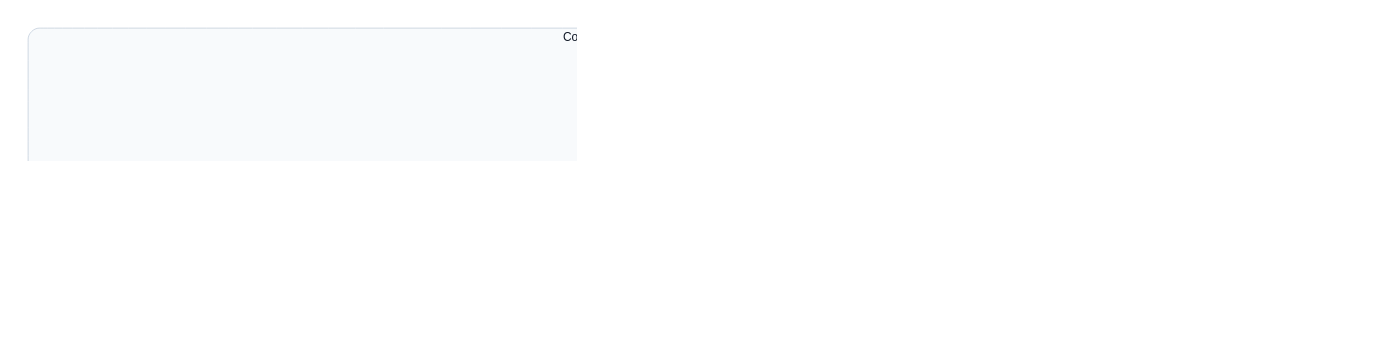
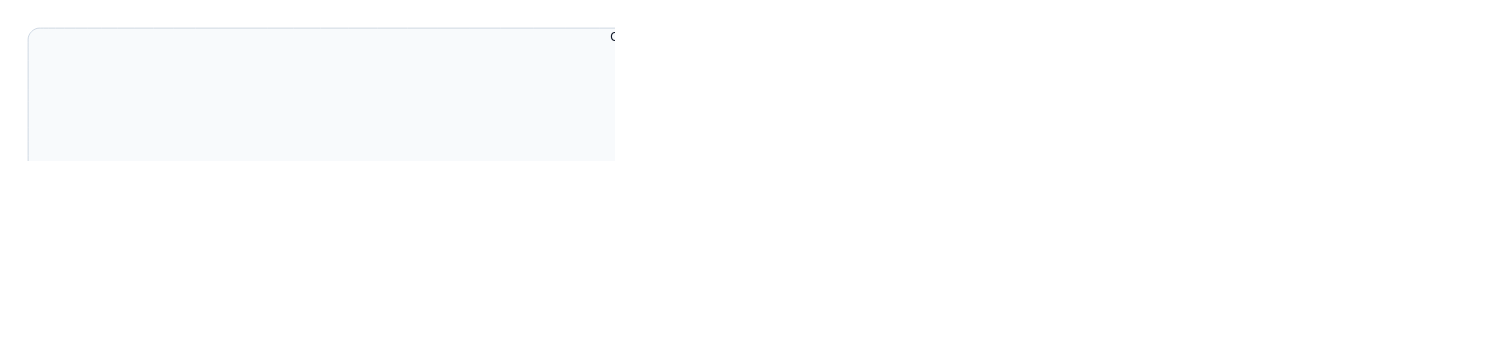
One commit to btanh3812155/survey-pipeline changed the diagram in docs/charts/05_component_4_persistence_customer_delivery.dot. Above: the diagram before and after it, drawn with Graphviz. The commit also changed 10 other files, not shown here.

Commit message:
docs: re-render all 7 flowcharts with 720x2160 dual-edge bounds and ribbon protection

```diff
--- a/docs/charts/05_component_4_persistence_customer_delivery.dot
+++ b/docs/charts/05_component_4_persistence_customer_delivery.dot
@@ -1,66 +1,67 @@
 
 digraph G {
     graph [
         rankdir=LR,
         bgcolor="white",
         dpi=180,
         compound=true,
         nodesep=0.45,
         ranksep=0.75,
         fontname="Helvetica, Arial, sans-serif",
         fontsize=13,
         fontcolor="#111827",
         pad="0.3,0.3"
     ];
     node [
         fontname="Helvetica, Arial, sans-serif",
         fontsize=11,
         fontcolor="#111827",
         shape=box,
         style="rounded,filled",
         fillcolor="#f9fafb",
         color="#9ca3af",
         penwidth=1.5,
         margin="0.2,0.12"
     ];
     edge [
         fontname="Helvetica, Arial, sans-serif",
         fontsize=10,
         fontcolor="#4b5563",
         color="#4b5563",
         penwidth=1.3,
         arrowsize=0.85
     ];
 
     subgraph cluster_persistence {
         label="Component 4: Persistence, Transactional Outbox & Delivery";
         style="rounded,filled";
         fillcolor="#f8fafc";
         color="#cbd5e1";
 
         approved_in [label="Approved Survey Event", fillcolor="#dcfce7", color="#16a34a"];
         sql_tx [label="PostgreSQL Atomic Transaction\n(BEGIN ... COMMIT)", fillcolor="#ffffff", color="#64748b"];
         sub_table [label="INSERT survey_submissions\n(status = APPROVED)", fillcolor="#e0f2fe", color="#0284c7"];
         outbox_table [label="INSERT outbox_events\n(status = PENDING)", fillcolor="#fee2e2", color="#dc2626"];
+        tg_push [label="Telegram Bot API Push\n(Dispatches Instant Approval Notice to Driver)", fillcolor="#e0f2fe", color="#0284c7"];
 
         poller [label="Background Outbox Worker\n(SELECT FOR UPDATE SKIP LOCKED)", fillcolor="#fef3c7", color="#d97706"];
         r2_upload [label="Cloudflare R2 Object Storage\n(Upload WebP, $0 Egress)", fillcolor="#ffffff", color="#64748b"];
         ledger_credit [label="Credit Payout to Ledger\ncollaborator_billing_ledger", fillcolor="#dcfce7", color="#16a34a"];
 
         gdrive_sync [label="Google Drive API Delivery\n(Service Account Upload)", fillcolor="#e0e7ff", color="#4338ca"];
         gdrive_folder [label="Customer Delivery Folder\n(YYYY-MM-DD/Client_Spreadsheet.xlsx)", fillcolor="#dcfce7", color="#16a34a"];
 
         lark_sync [label="Lark Base Bi-directional Sync\n(Updates Management Dashboard)", fillcolor="#ede9fe", color="#7c3aed"];
-        zns_notify [label="Zalo ZNS Official Thank-You\n(Delivered to Driver Phone - No Consent)", fillcolor="#e0f2fe", color="#0284c7"];
+        zns_notify [label="Zalo ZNS Official Thank-You\n(Delivered to Driver Phone)", fillcolor="#e0f2fe", color="#0284c7"];
     }
-
     approved_in -> sql_tx;
     sql_tx -> sub_table;
     sql_tx -> outbox_table;
+    sub_table -> tg_push [label="Committed State -> Immediate Push"];
     outbox_table -> poller [label="Poll Events"];
     poller -> r2_upload;
     poller -> ledger_credit;
     poller -> gdrive_sync -> gdrive_folder;
     poller -> lark_sync;
     poller -> zns_notify;
 }
```
